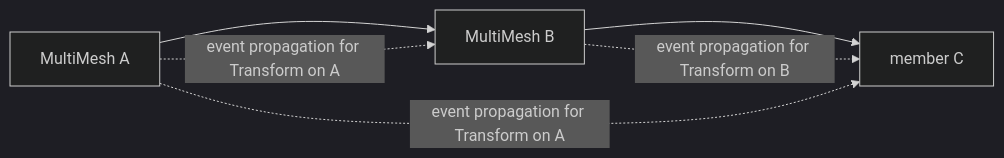
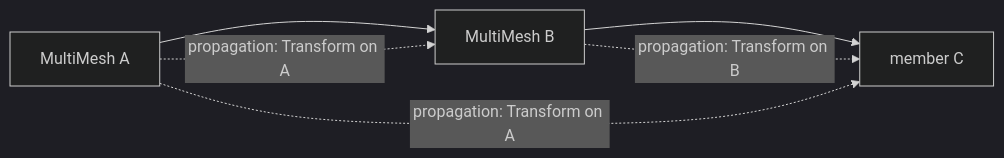
One commit to ramate-io/maybraid changed the second of 2 diagrams in rfc/rfc-000-00n-bevy-multi-mesh/README.md. Above: the diagram before and after it, drawn with Mermaid (dark theme). The commit also changed other lines of this file, not shown here.

````diff
--- a/rfc/rfc-000-00n-bevy-multi-mesh/README.md
+++ b/rfc/rfc-000-00n-bevy-multi-mesh/README.md
@@ -226,11 +226,11 @@
 ```mermaid
 flowchart LR
-    R[MultiMesh A]
-    M[MultiMesh B]
-    P[member C]
-    R --> M
-    M --> P
-    R -.->|event propagation for Transform on A| M
-    R -.->|event propagation for Transform on A| P
-    M -.->|event propagation for Transform on B| P
+    A["MultiMesh A"]
+    B["MultiMesh B"]
+    C["member C"]
+    A --> B
+    B --> C
+    A -.->|"propagation: Transform on A"| B
+    A -.->|"propagation: Transform on A"| C
+    B -.->|"propagation: Transform on B"| C
 ```
````
